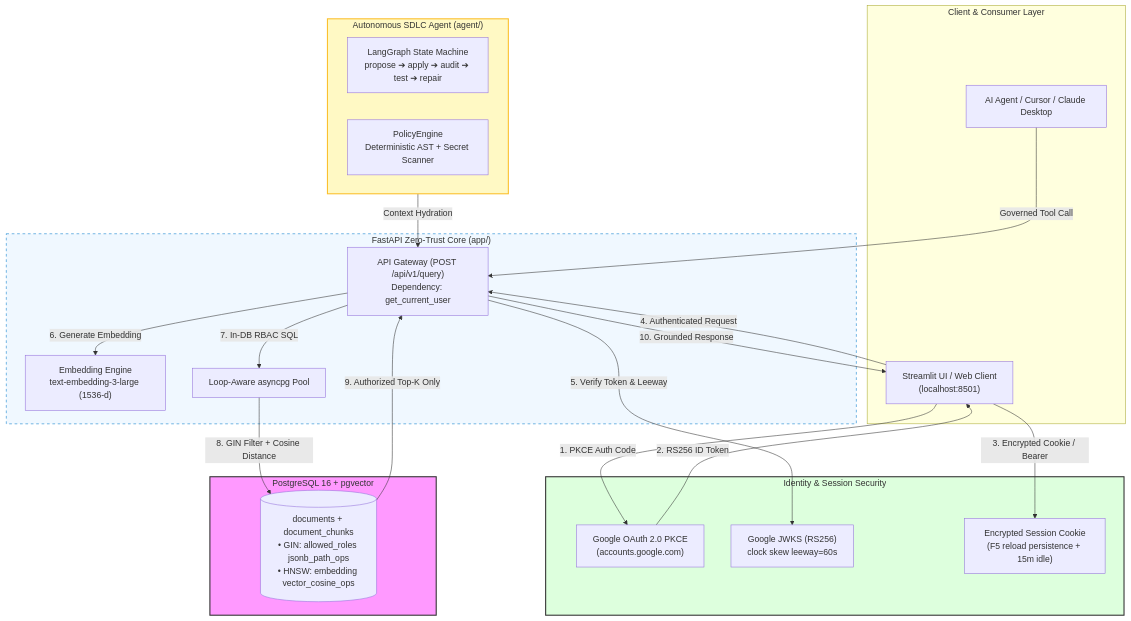
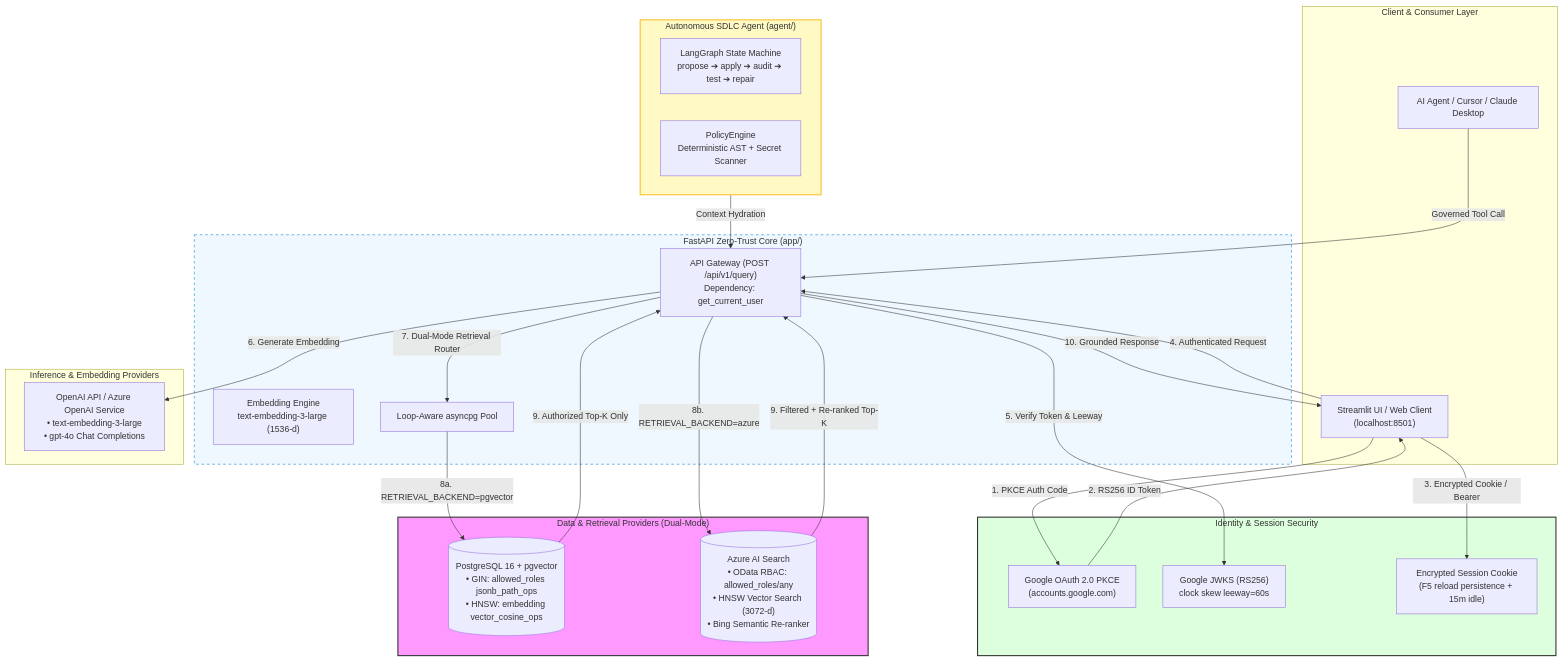
The first of 5 diagrams in README.md (Kenono2000/enterprise-rag-pgvector-rbac), drawn with Mermaid before and after one commit. The commit also changed other lines of this file and 12 other files, not shown here.

Commit message:
feat: add core RAG infrastructure, LLM integrations, Azure Search support, and observability modules

````diff
--- a/README.md
+++ b/README.md
@@ -64,47 +65,54 @@
 ```mermaid
 flowchart TB
     subgraph Client ["Client & Consumer Layer"]
         browser["Streamlit UI / Web Client<br/>(localhost:8501)"]
         mcp_client["AI Agent / Cursor / Claude Desktop"]
     end
 
     subgraph Identity ["Identity & Session Security"]
         google["Google OAuth 2.0 PKCE<br/>(accounts.google.com)"]
         jwks["Google JWKS (RS256)<br/>clock skew leeway=60s"]
         cookie["Encrypted Session Cookie<br/>(F5 reload persistence + 15m idle)"]
     end
 
     subgraph Backend ["FastAPI Zero-Trust Core (app/)"]
         api["API Gateway (POST /api/v1/query)<br/>Dependency: get_current_user"]
         embed["Embedding Engine<br/>text-embedding-3-large (1536-d)"]
         pool["Loop-Aware asyncpg Pool"]
     end
 
-    subgraph Database ["PostgreSQL 16 + pgvector"]
-        db[("documents + document_chunks<br/>• GIN: allowed_roles jsonb_path_ops<br/>• HNSW: embedding vector_cosine_ops")]
+    subgraph Database ["Data & Retrieval Providers (Dual-Mode)"]
+        db[("PostgreSQL 16 + pgvector<br/>• GIN: allowed_roles jsonb_path_ops<br/>• HNSW: embedding vector_cosine_ops")]
+        azure_search[("Azure AI Search<br/>• OData RBAC: allowed_roles/any<br/>• HNSW Vector Search (3072-d)<br/>• Bing Semantic Re-ranker")]
+    end
+
+    subgraph LLM ["Inference & Embedding Providers"]
+        openai_svc["OpenAI API / Azure OpenAI Service<br/>• text-embedding-3-large<br/>• gpt-4o Chat Completions"]
     end
 
     subgraph Agent ["Autonomous SDLC Agent (agent/)"]
         langgraph["LangGraph State Machine<br/>propose ➔ apply ➔ audit ➔ test ➔ repair"]
         guardrails["PolicyEngine<br/>Deterministic AST + Secret Scanner"]
     end
 
     browser -->|1. PKCE Auth Code| google
     google -->|2. RS256 ID Token| browser
     browser -->|3. Encrypted Cookie / Bearer| cookie
     browser -->|4. Authenticated Request| api
     api -->|5. Verify Token & Leeway| jwks
-    api -->|6. Generate Embedding| embed
-    api -->|7. In-DB RBAC SQL| pool
-    pool -->|8. GIN Filter + Cosine Distance| db
+    api -->|6. Generate Embedding| openai_svc
+    api -->|7. Dual-Mode Retrieval Router| pool
+    pool -->|8a. RETRIEVAL_BACKEND=pgvector| db
+    api -->|8b. RETRIEVAL_BACKEND=azure| azure_search
     db -->|9. Authorized Top-K Only| api
+    azure_search -->|9. Filtered + Re-ranked Top-K| api
     api -->|10. Grounded Response| browser
 
     mcp_client -->|Governed Tool Call| api
     Agent -->|Context Hydration| api
 
     style Database fill:#f9f,stroke:#333,stroke-width:2px
     style Identity fill:#dfd,stroke:#333,stroke-width:2px
     style Backend fill:#f0f8ff,stroke:#007acc,stroke-dasharray: 5 5
     style Agent fill:#fff9c4,stroke:#fbc02d,stroke-width:2px
 ```
````
